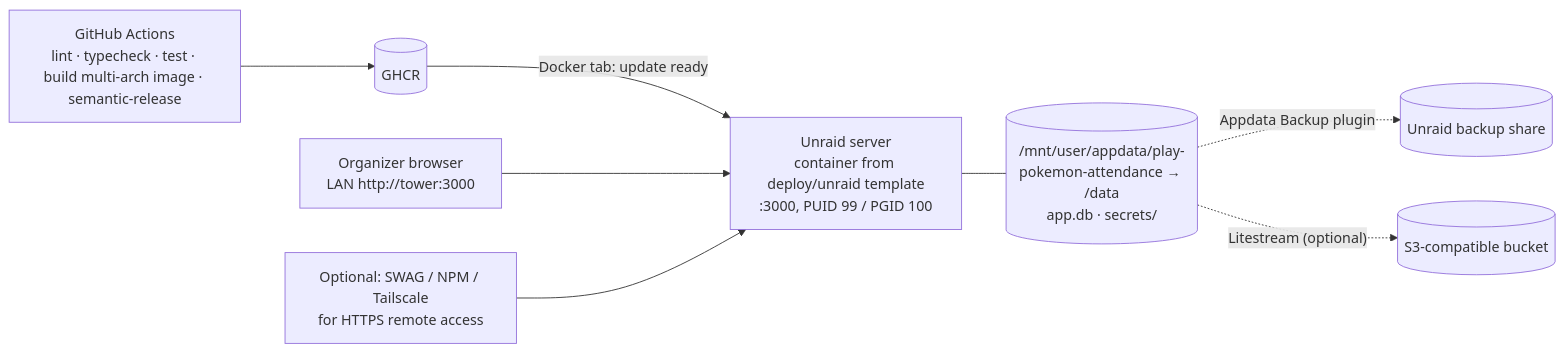
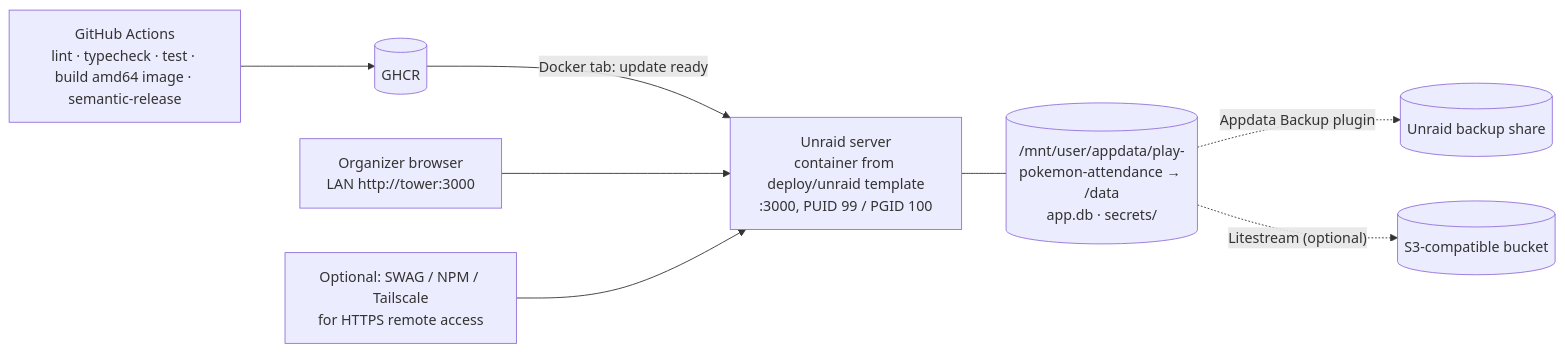
Before and after one commit to Towerism/play-pokemon-attendance-web: the sixth of 6 diagrams in docs/architecture/README.md, drawn with Mermaid. The commit also changed other lines of this file and 1 other file, not shown here.

Commit message:
docs: say why the image is amd64 only, and drop multi-arch from the architecture doc
ADR-0006's update now gives the reasons: the app never runs on a Raspberry
Pi or other arm64 host, and the arm64 build more than doubled the image
build time. The architecture overview's packaging row and deployment
diagram say linux/amd64 instead of multi-arch.

````diff
--- a/docs/architecture/README.md
+++ b/docs/architecture/README.md
@@ -985,10 +985,10 @@
 ```mermaid
 flowchart LR
-  GH["GitHub Actions<br/>lint · typecheck · test · build multi-arch image · semantic-release"] --> REG[(GHCR)]
+  GH["GitHub Actions<br/>lint · typecheck · test · build amd64 image · semantic-release"] --> REG[(GHCR)]
   REG -- "Docker tab: update ready" --> HOST["Unraid server<br/>container from deploy/unraid template<br/>:3000, PUID 99 / PGID 100"]
   HOST --- VOL[("/mnt/user/appdata/play-pokemon-attendance → /data<br/>app.db · secrets/")]
   VOL -. "Appdata Backup plugin" .-> AB[("Unraid backup share")]
   VOL -. "Litestream (optional)" .-> B2[("S3-compatible bucket")]
   LAN["Organizer browser<br/>LAN http://tower:3000"] --> HOST
   RP["Optional: SWAG / NPM / Tailscale<br/>for HTTPS remote access"] --> HOST
 ```
````
